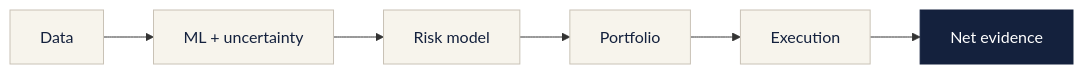
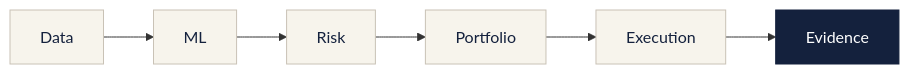
One commit to kira-ml/kira-ml changed the diagram in README.md. Above: the diagram before and after it, drawn with Mermaid.

Commit message:
Tighten pipeline diagram labels

````diff
--- a/README.md
+++ b/README.md
@@ -82,12 +82,8 @@
 ```mermaid
 flowchart LR
-    A["Data"] --> B["ML + uncertainty"]
-    B --> C["Risk model"]
-    C --> D["Portfolio"]
-    D --> E["Execution"]
-    E --> F["Net evidence"]
+    A["Data"] --> B["ML"] --> C["Risk"] --> D["Portfolio"] --> E["Execution"] --> F["Evidence"]
     classDef paper fill:#F7F4EC,stroke:#C9C2B6,color:#14213D;
     classDef ink fill:#14213D,stroke:#14213D,color:#FFFFFF;
     class A,B,C,D,E paper;
     class F ink;
 ```
````
